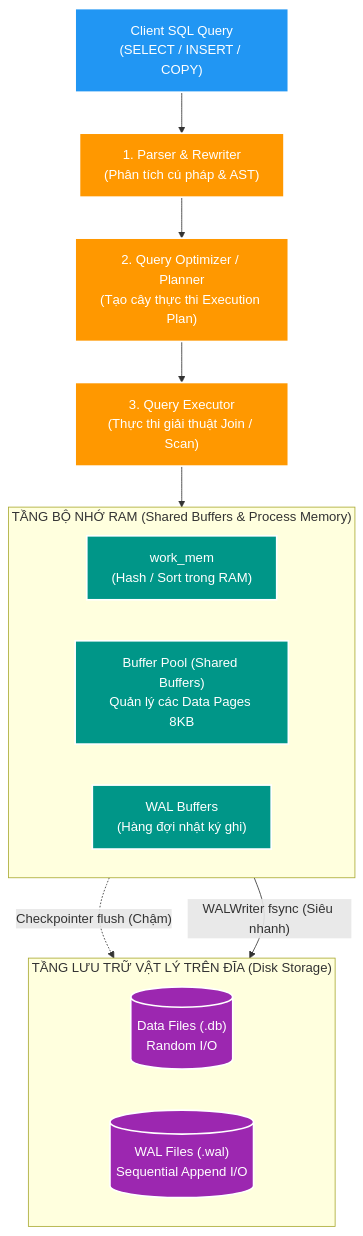
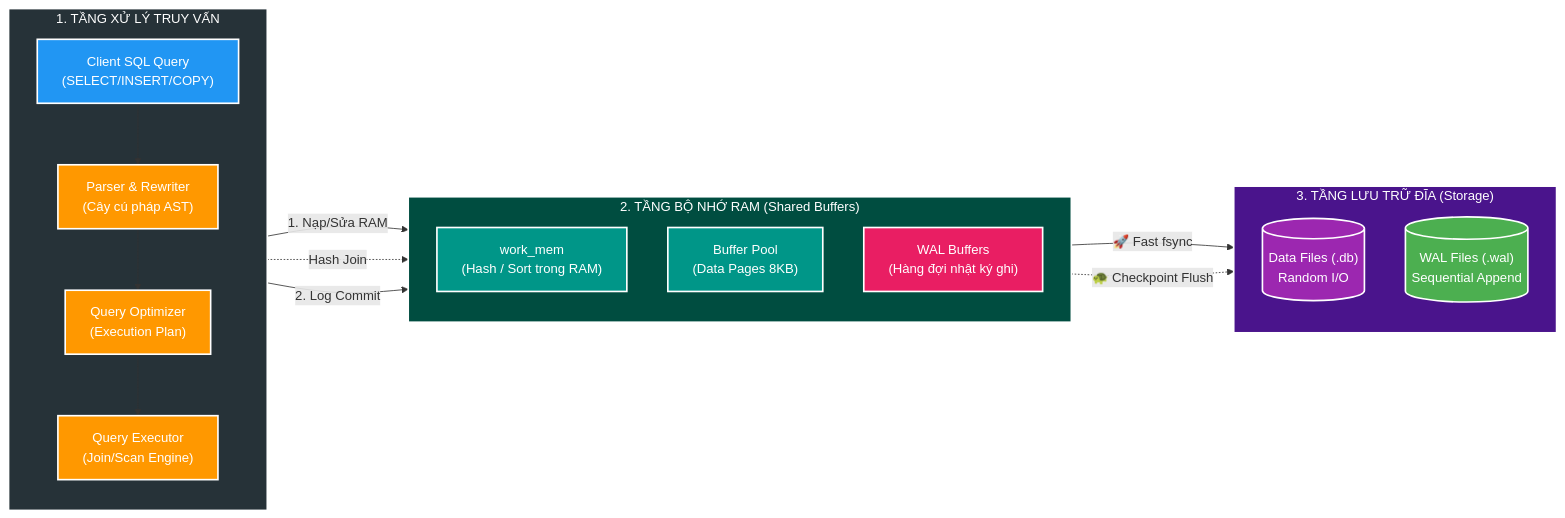
One commit to HungPhan200591/file-mngt-be-v2 changed the first of 10 diagrams in manual/learning/deep-dive/database-internals/00-postgresql-engine-mental-model-and-optimization-playbook.md. Above: the diagram before and after it, drawn with Mermaid. The commit also changed other lines of this file, not shown here.

Commit message:
feat(docs): enhance PostgreSQL engine optimization playbook with detailed diagrams and explanations

````diff
--- a/manual/learning/deep-dive/database-internals/00-postgresql-engine-mental-model-and-optimization-playbook.md
+++ b/manual/learning/deep-dive/database-internals/00-postgresql-engine-mental-model-and-optimization-playbook.md
@@ -11,34 +11,40 @@
 ```mermaid
-flowchart TB
-    SQL["Client SQL Query<br/>(SELECT / INSERT / COPY)"] --> PARSER["1. Parser & Rewriter<br/>(Phân tích cú pháp & AST)"]
-    PARSER --> PLANNER["2. Query Optimizer / Planner<br/>(Tạo cây thực thi Execution Plan)"]
-    PLANNER --> EXECUTOR["3. Query Executor<br/>(Thực thi giải thuật Join / Scan)"]
+flowchart LR
+    subgraph QUERY_LAYER["1. TẦNG XỬ LÝ TRUY VẤN"]
+        direction TB
+        SQL["Client SQL Query<br/>(SELECT/INSERT/COPY)"] --> PARSER["Parser &amp; Rewriter<br/>(Cây cú pháp AST)"]
+        PARSER --> PLANNER["Query Optimizer<br/>(Execution Plan)"]
+        PLANNER --> EXECUTOR["Query Executor<br/>(Join/Scan Engine)"]
+    end
 
-    subgraph MEMORY_LAYER["TẦNG BỘ NHỚ RAM (Shared Buffers & Process Memory)"]
-        direction LR
+    subgraph MEM_LAYER["2. TẦNG BỘ NHỚ RAM (Shared Buffers)"]
+        direction TB
         WORK_MEM["work_mem<br/>(Hash / Sort trong RAM)"]
-        BUFFER_POOL["Buffer Pool (Shared Buffers)<br/>Quản lý các Data Pages 8KB"]
+        BUFFER_POOL["Buffer Pool<br/>(Data Pages 8KB)"]
         WAL_BUFFERS["WAL Buffers<br/>(Hàng đợi nhật ký ghi)"]
     end
 
-    EXECUTOR --> MEMORY_LAYER
-
-    subgraph STORAGE_LAYER["TẦNG LƯU TRỮ VẬT LÝ TRÊN ĐĨA (Disk Storage)"]
-        direction LR
+    subgraph DISK_LAYER["3. TẦNG LƯU TRỮ ĐĨA (Storage)"]
+        direction TB
         DISK_DATA[("Data Files (.db)<br/>Random I/O")]
-        DISK_WAL[("WAL Files (.wal)<br/>Sequential Append I/O")]
+        DISK_WAL[("WAL Files (.wal)<br/>Sequential Append")]
     end
 
-    BUFFER_POOL -.->|"Checkpointer flush (Chậm)"| DISK_DATA
-    WAL_BUFFERS -->|"WALWriter fsync (Siêu nhanh)"| DISK_WAL
-
+    EXECUTOR -->|"1. Nạp/Sửa RAM"| BUFFER_POOL
+    EXECUTOR -.->|"Hash Join"| WORK_MEM
+    EXECUTOR -->|"2. Log Commit"| WAL_BUFFERS
+    WAL_BUFFERS -->|"🚀 Fast fsync"| DISK_WAL
+    BUFFER_POOL -.->|"🐢 Checkpoint Flush"| DISK_DATA
+    style QUERY_LAYER fill:#263238,stroke:#fff,stroke-width:2px,color:#fff
     style SQL fill:#2196F3,stroke:#fff,stroke-width:2px,color:#fff
     style PARSER fill:#FF9800,stroke:#fff,stroke-width:2px,color:#fff
     style PLANNER fill:#FF9800,stroke:#fff,stroke-width:2px,color:#fff
     style EXECUTOR fill:#FF9800,stroke:#fff,stroke-width:2px,color:#fff
+    style MEM_LAYER fill:#004D40,stroke:#fff,stroke-width:2px,color:#fff
     style WORK_MEM fill:#009688,stroke:#fff,stroke-width:2px,color:#fff
     style BUFFER_POOL fill:#009688,stroke:#fff,stroke-width:2px,color:#fff
-    style WAL_BUFFERS fill:#009688,stroke:#fff,stroke-width:2px,color:#fff
+    style WAL_BUFFERS fill:#E91E63,stroke:#fff,stroke-width:2px,color:#fff
+    style DISK_LAYER fill:#4A148C,stroke:#fff,stroke-width:2px,color:#fff
     style DISK_DATA fill:#9C27B0,stroke:#fff,stroke-width:2px,color:#fff
-    style DISK_WAL fill:#9C27B0,stroke:#fff,stroke-width:2px,color:#fff
+    style DISK_WAL fill:#4CAF50,stroke:#fff,stroke-width:2px,color:#fff
 ```
````
